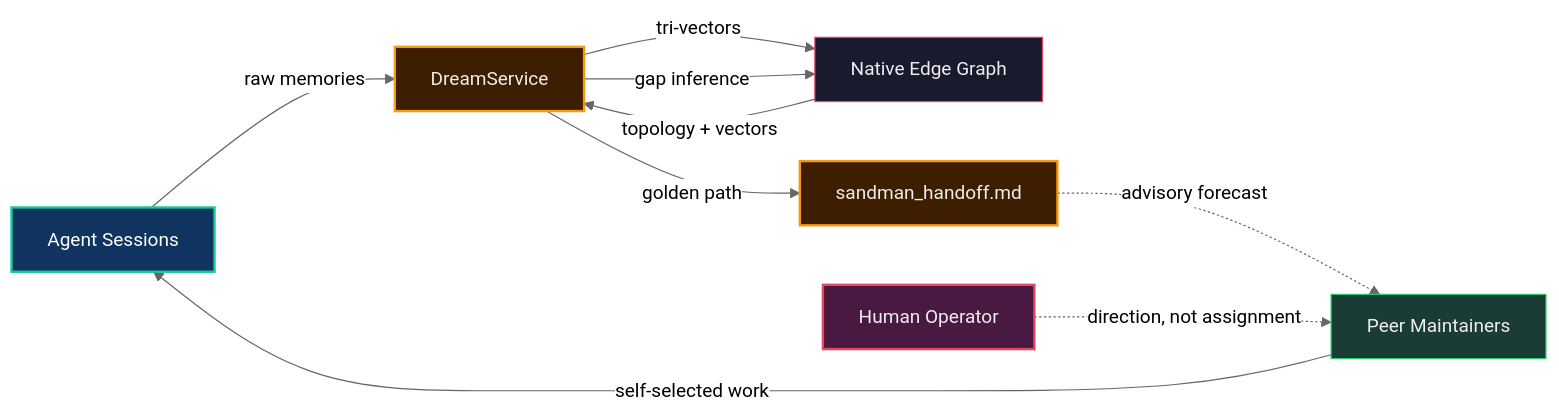
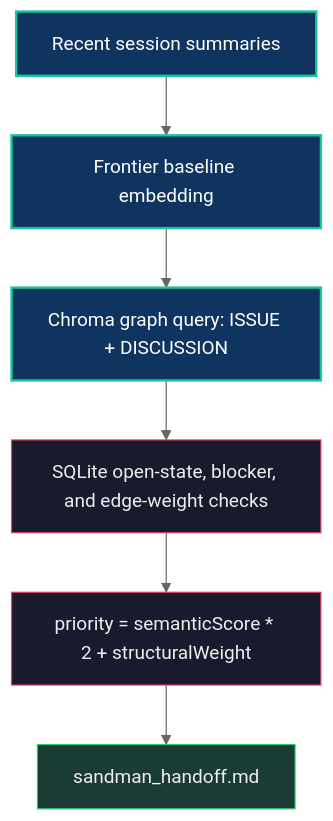
Before and after one commit to neomjs/neo: the second of 2 diagrams in learn/agentos/DreamPipeline.md, drawn with Mermaid (neutral theme). The commit also changed other lines of this file and 6595 other files, not shown here.

````diff
--- a/learn/agentos/DreamPipeline.md
+++ b/learn/agentos/DreamPipeline.md
@@ -343,24 +202,15 @@
 ```mermaid
-flowchart LR
-    classDef session fill:#0f3460,stroke:#16c79a,stroke-width:2px,color:#fff
-    classDef dream fill:#3d1f00,stroke:#f39c12,stroke-width:2px,color:#eee
-    classDef db fill:#1a1a2e,stroke:#e94560,stroke-width:1px,color:#eee
-    classDef peer fill:#1a3c34,stroke:#2ecc71,stroke-width:1px,color:#eee
-    classDef human fill:#4a1942,stroke:#e94560,stroke-width:2px,color:#eee
+flowchart TD
+    classDef vector fill:#0f3460,stroke:#16c79a,stroke-width:2px,color:#fff
+    classDef structural fill:#1a1a2e,stroke:#e94560,stroke-width:1px,color:#eee
+    classDef handoff fill:#1a3c34,stroke:#2ecc71,stroke-width:1px,color:#eee
 
-    Sessions["Agent Sessions"]:::session
-    Dream["DreamService"]:::dream
-    Graph["Native Edge Graph"]:::db
-    Handoff["sandman_handoff.md"]:::dream
-    Peers["Peer Maintainers"]:::peer
-    Operator["Human Operator"]:::human
+    Summaries["Recent session summaries"]:::vector
+    Frontier["Frontier baseline embedding"]:::vector
+    Chroma["Chroma graph query: ISSUE + DISCUSSION"]:::vector
+    SQLite["SQLite open-state, blocker, and edge-weight checks"]:::structural
+    Score["priority = semanticScore * 2 + structuralWeight"]:::structural
+    Handoff["sandman_handoff.md"]:::handoff
 
-    Sessions -->|"raw memories"| Dream
-    Dream -->|"tri-vectors"| Graph
-    Dream -->|"gap inference"| Graph
-    Dream -->|"golden path"| Handoff
-    Graph -->|"topology + vectors"| Dream
-    Handoff -.->|"advisory forecast"| Peers
-    Operator -.->|"direction, not assignment"| Peers
-    Peers -->|"self-selected work"| Sessions
+    Summaries --> Frontier --> Chroma --> SQLite --> Score --> Handoff
 ```
````
